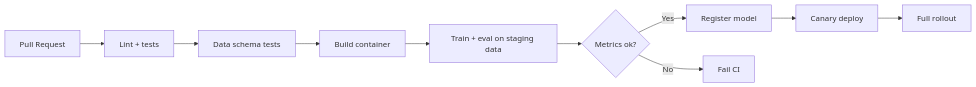
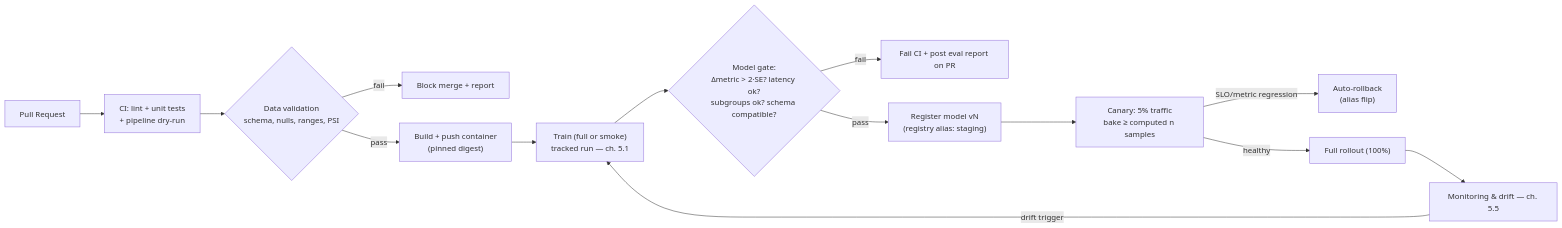
One commit to ABHIRAM3007/itp changed the first of 2 diagrams in roadmap/phase-5-mlops/04-cicd-ml.md. Above: the diagram before and after it, drawn with Mermaid. The commit also changed other lines of this file and 16 other files, not shown here.

````diff
--- a/roadmap/phase-5-mlops/04-cicd-ml.md
+++ b/roadmap/phase-5-mlops/04-cicd-ml.md
@@ -44,12 +83,16 @@
 ```mermaid
 flowchart LR
-    PR[Pull Request] --> Lint[Lint + tests]
-    Lint --> Data[Data schema tests]
-    Data --> Build[Build container]
-    Build --> Train[Train + eval on staging data]
-    Train --> Gate{Metrics ok?}
-    Gate -- Yes --> Reg[Register model]
-    Reg --> Canary[Canary deploy]
-    Canary --> Full[Full rollout]
-    Gate -- No --> Fail[Fail CI]
+    PR[Pull Request] --> CI["CI: lint + unit tests\n+ pipeline dry-run"]
+    CI --> DV{"Data validation\nschema, nulls, ranges, PSI"}
+    DV -- fail --> Block[Block merge + report]
+    DV -- pass --> Build["Build + push container\n(pinned digest)"]
+    Build --> Train["Train (full or smoke)\ntracked run — ch. 5.1"]
+    Train --> Gate{"Model gate:\nΔmetric > 2·SE? latency ok?\nsubgroups ok? schema compatible?"}
+    Gate -- fail --> Report["Fail CI + post eval report on PR"]
+    Gate -- pass --> Reg["Register model vN\n(registry alias: staging)"]
+    Reg --> Canary["Canary: 5% traffic\nbake ≥ computed n samples"]
+    Canary -- "SLO/metric regression" --> RB["Auto-rollback\n(alias flip)"]
+    Canary -- healthy --> Full["Full rollout (100%)"]
+    Full --> Mon["Monitoring & drift — ch. 5.5"]
+    Mon -- "drift trigger" --> Train
 ```
````
